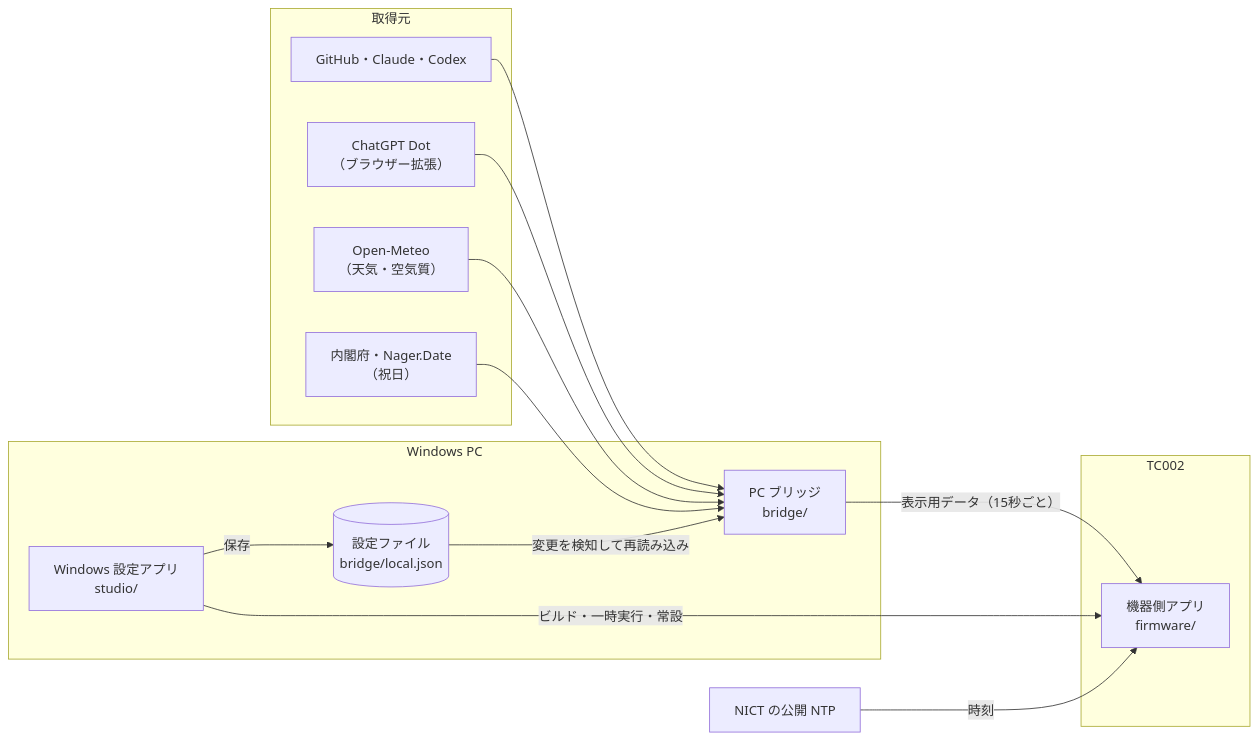
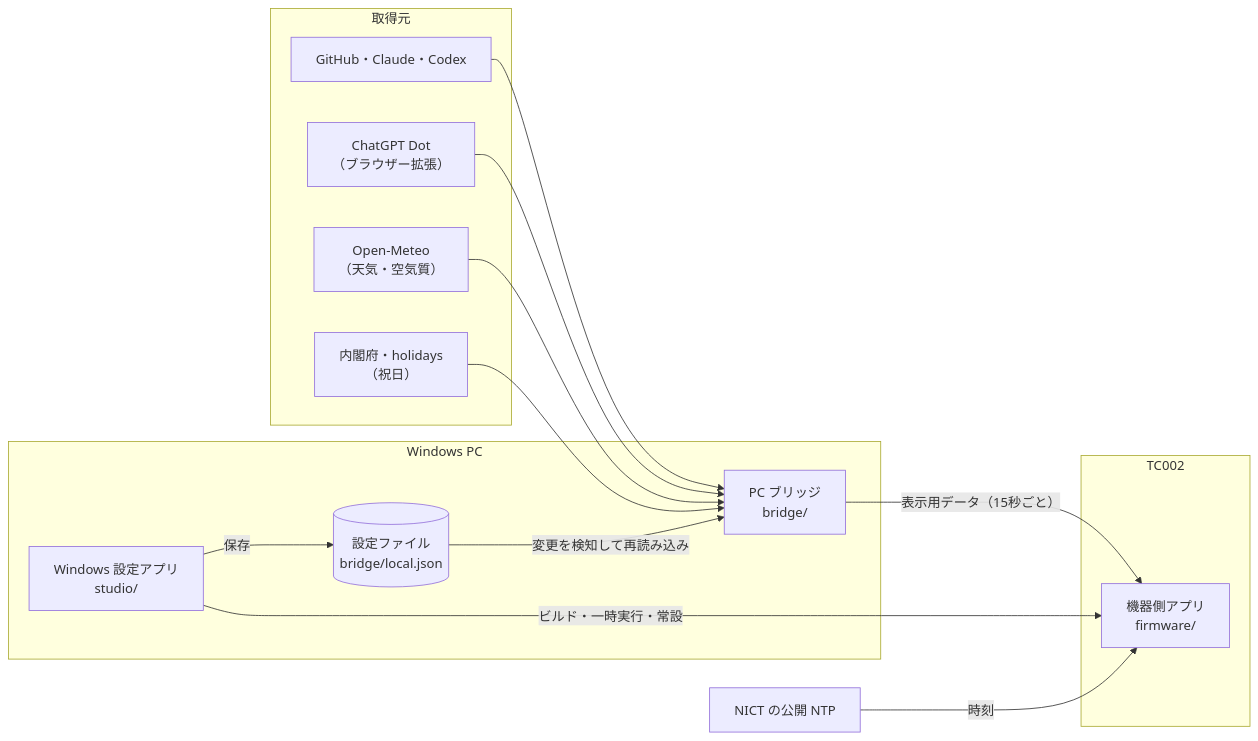
The diagram in docs/features.md (radiann-kswg/Ulanzi_TC002_for-JPEngineers), drawn with Mermaid before and after one commit. The commit also changed other lines of this file and 7 other files, not shown here.

````diff
--- a/docs/features.md
+++ b/docs/features.md
@@ -13,26 +13,26 @@
 ```mermaid
 flowchart LR
     subgraph PC["Windows PC"]
         studio["Windows 設定アプリ<br/>studio/"]
         conf[("設定ファイル<br/>bridge/local.json")]
         bridge["PC ブリッジ<br/>bridge/"]
         studio -- "保存" --> conf -- "変更を検知して再読み込み" --> bridge
     end
     subgraph Sources["取得元"]
         dev["GitHub・Claude・Codex"]
         dot["ChatGPT Dot<br/>（ブラウザー拡張）"]
         sky["Open-Meteo<br/>（天気・空気質）"]
-        hol["内閣府・Nager.Date<br/>（祝日）"]
+        hol["内閣府・holidays<br/>（祝日）"]
     end
     subgraph Clock["TC002"]
         app["機器側アプリ<br/>firmware/"]
     end
     ntp["NICT の公開 NTP"]
     dev --> bridge
     dot --> bridge
     sky --> bridge
     hol --> bridge
     bridge -- "表示用データ（15秒ごと）" --> app
     studio -- "ビルド・一時実行・常設" --> app
     ntp -- "時刻" --> app
 ```
````
